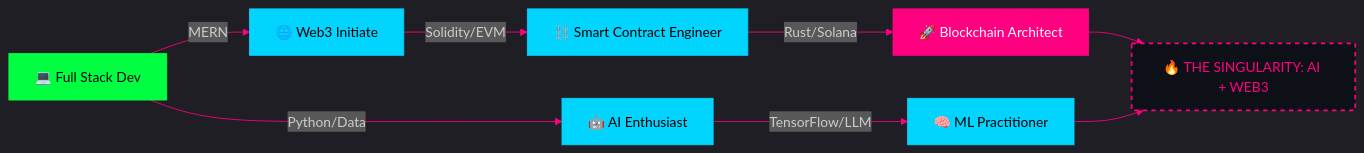
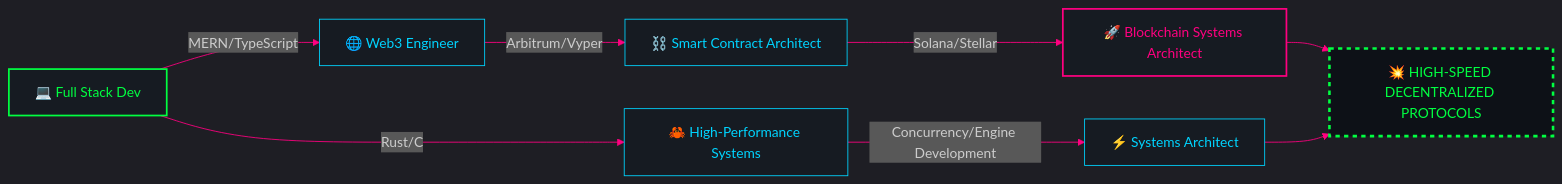
One commit to Srizdebnath/Srizdebnath changed the diagram in README.md. Above: the diagram before and after it, drawn with Mermaid. The commit also changed other lines of this file and 3 other files, not shown here.

````diff
--- a/README.md
+++ b/README.md
@@ -148,18 +196,18 @@
 ```mermaid
 %%{init: {'theme':'dark', 'themeVariables': { 'darkMode':'true', 'primaryColor':'#00ff41', 'primaryTextColor':'#fff', 'primaryBorderColor':'#00ff41', 'lineColor':'#ff0080', 'secondaryColor':'#00d4ff', 'tertiaryColor':'#0d1117'}}}%%
 graph LR
-    A[💻 Full Stack Dev] -->|MERN| B[🌐 Web3 Initiate]
-    B -->|Solidity/EVM| C[⛓️ Smart Contract Engineer]
-    C -->|Rust/Solana| D[🚀 Blockchain Architect]
-    A -->|Python/Data| E[🤖 AI Enthusiast]
-    E -->|TensorFlow/LLM| F[🧠 ML Practitioner]
-    D & F --> G[🔥 THE SINGULARITY: AI + WEB3]
+    A[💻 Full Stack Dev] -->|MERN/TypeScript| B[🌐 Web3 Engineer]
+    B -->|Arbitrum/Vyper| C[⛓️ Smart Contract Architect]
+    C -->|Solana/Stellar| D[🚀 Blockchain Systems Architect]
+    A -->|Rust/C| E[🦀 High-Performance Systems]
+    E -->|Concurrency/Engine Development| F[⚡ Systems Architect]
+    D & F --> G[💥 HIGH-SPEED DECENTRALIZED PROTOCOLS]
     
-    style A fill:#00ff41,stroke:#00ff41,color:#000
-    style B fill:#00d4ff,stroke:#00d4ff,color:#000
-    style C fill:#00d4ff,stroke:#00d4ff,color:#000
-    style D fill:#ff0080,stroke:#ff0080,color:#fff
-    style E fill:#00d4ff,stroke:#00d4ff,color:#000
-    style F fill:#00d4ff,stroke:#00d4ff,color:#000
-    style G fill:#0d1117,stroke:#ff0080,color:#ff0080,stroke-width:2px,stroke-dasharray: 5 5
+    style A fill:#161b22,stroke:#00ff41,color:#00ff41,stroke-width:2px
+    style B fill:#161b22,stroke:#00d4ff,color:#00d4ff,stroke-width:1px
+    style C fill:#161b22,stroke:#00d4ff,color:#00d4ff,stroke-width:1px
+    style D fill:#161b22,stroke:#ff0080,color:#ff0080,stroke-width:2px
+    style E fill:#161b22,stroke:#00d4ff,color:#00d4ff,stroke-width:1px
+    style F fill:#161b22,stroke:#00d4ff,color:#00d4ff,stroke-width:1px
+    style G fill:#0d1117,stroke:#00ff41,color:#00ff41,stroke-width:3px,stroke-dasharray: 5 5
 ```
````
